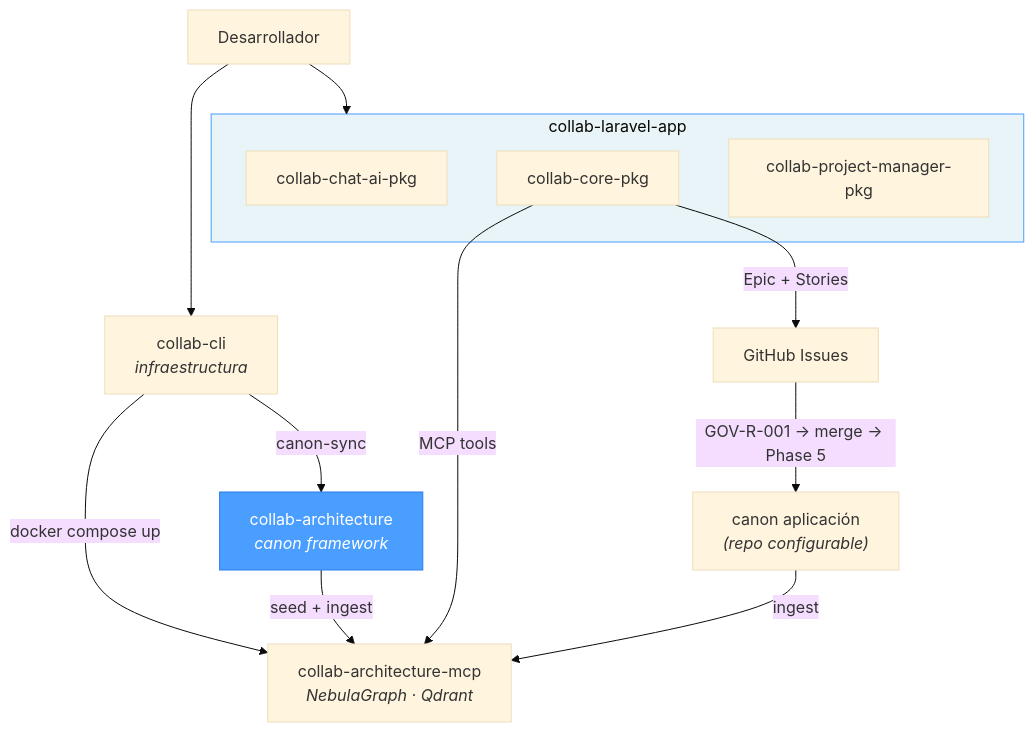
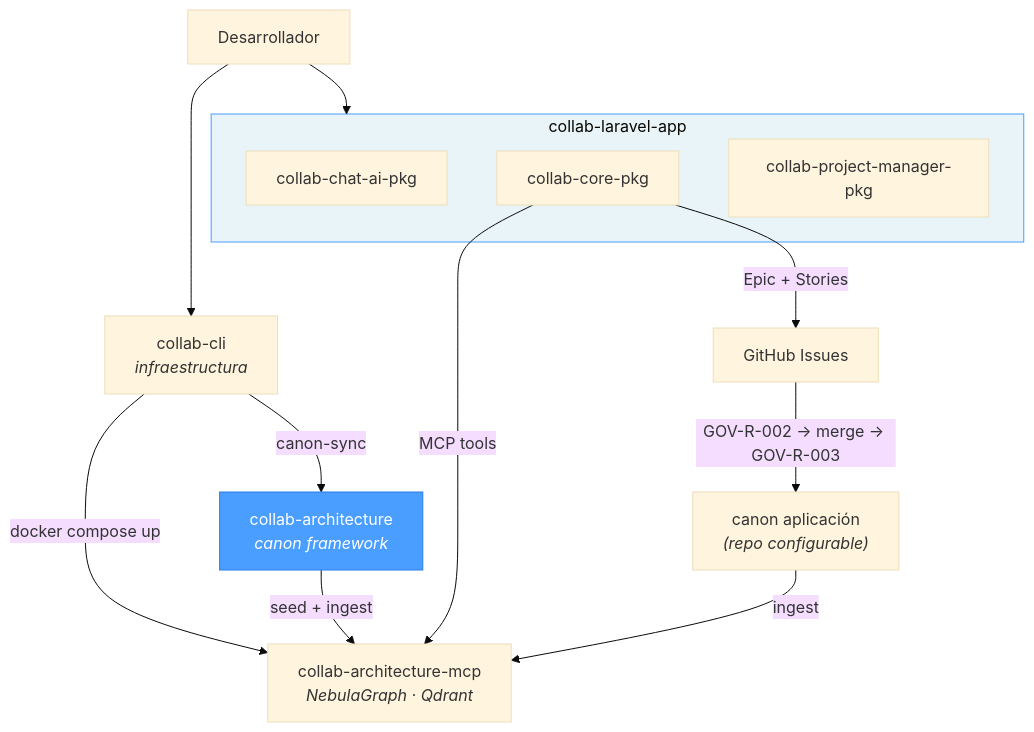
One commit to uxmaltech/collab-architecture changed the diagram in README.md. Above: the diagram before and after it, drawn with Mermaid (base theme). The commit also changed other lines of this file and 21 other files, not shown here.

````diff
--- a/README.md
+++ b/README.md
@@ -16,24 +16,24 @@
 ```mermaid
 graph TD
     DEV[Desarrollador] --> CLI[collab-cli<br><i>infraestructura</i>]
 
     subgraph APP["collab-laravel-app"]
         CHAT[collab-chat-ai-pkg]
         CORE[collab-core-pkg]
         PM[collab-project-manager-pkg]
     end
 
     DEV --> APP
 
     CLI -- canon-sync --> CA[collab-architecture<br><i>canon framework</i>]
     CLI -- docker compose up --> MCP[collab-architecture-mcp<br><i>NebulaGraph · Qdrant</i>]
     CA -- seed + ingest --> MCP
 
     CORE -- MCP tools --> MCP
     CORE -- "Epic + Stories" --> GH[GitHub Issues]
-    GH -- "GOV-R-001 → merge → Phase 5" --> BCA["canon aplicación<br><i>(repo configurable)</i>"]
+    GH -- "GOV-R-002 → merge → GOV-R-003" --> BCA["canon aplicación<br><i>(repo configurable)</i>"]
     BCA -- ingest --> MCP
 
     style CA fill:#4a9eff,stroke:#2b7de9,color:#fff
     style APP fill:#e8f4f8,stroke:#4a9eff
 ```
````
